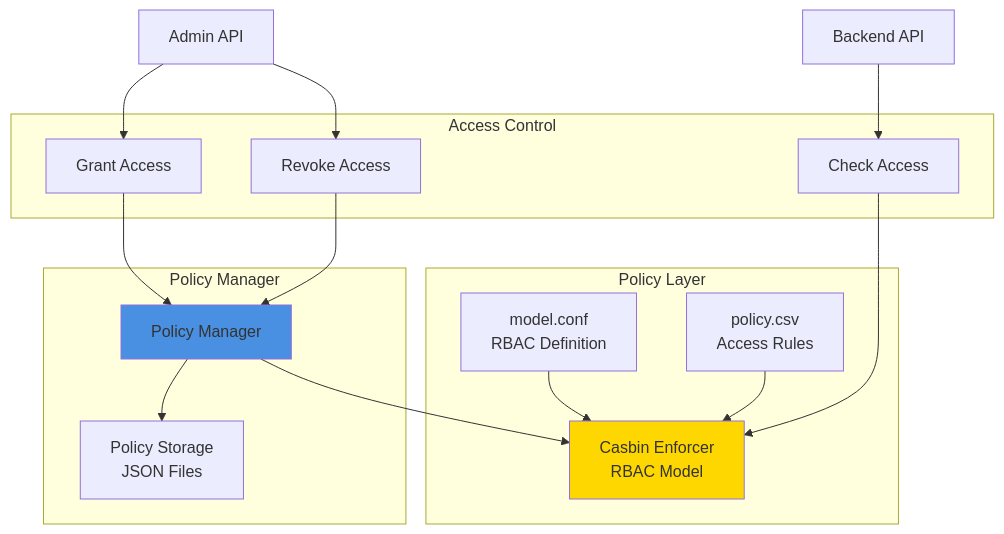
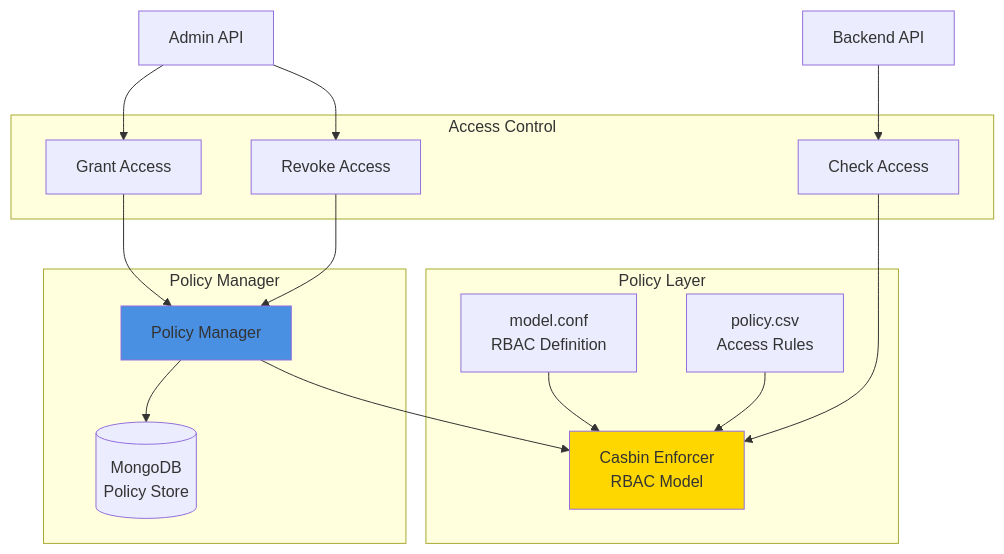
One commit to pmahon3/Data-Portal changed the third of 4 diagrams in docs/diagrams/component-architecture.md. Above: the diagram before and after it, drawn with Mermaid. The commit also changed other lines of this file and 33 other files, not shown here.

````diff
--- a/docs/diagrams/component-architecture.md
+++ b/docs/diagrams/component-architecture.md
@@ -110,35 +115,35 @@
 ```mermaid
 graph TB
     subgraph "Policy Layer"
         CasbinEnforcer[Casbin Enforcer<br/>RBAC Model]
         ModelConf[model.conf<br/>RBAC Definition]
         PolicyCSV[policy.csv<br/>Access Rules]
     end
 
     subgraph "Policy Manager"
         PolicyMgr[Policy Manager]
-        PolicyStore[Policy Storage<br/>JSON Files]
+        PolicyStore[(MongoDB<br/>Policy Store)]
     end
 
     subgraph "Access Control"
         CheckAccess[Check Access]
         GrantAccess[Grant Access]
         RevokeAccess[Revoke Access]
     end
 
     ModelConf --> CasbinEnforcer
     PolicyCSV --> CasbinEnforcer
     PolicyMgr --> CasbinEnforcer
     PolicyMgr --> PolicyStore
 
     CheckAccess --> CasbinEnforcer
     GrantAccess --> PolicyMgr
     RevokeAccess --> PolicyMgr
 
     BackendAPI[Backend API] --> CheckAccess
     AdminAPI[Admin API] --> GrantAccess
     AdminAPI --> RevokeAccess
 
     style CasbinEnforcer fill:#FFD700
     style PolicyMgr fill:#4A90E2
 ```
````
